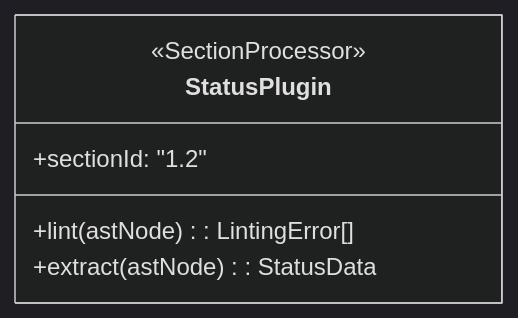
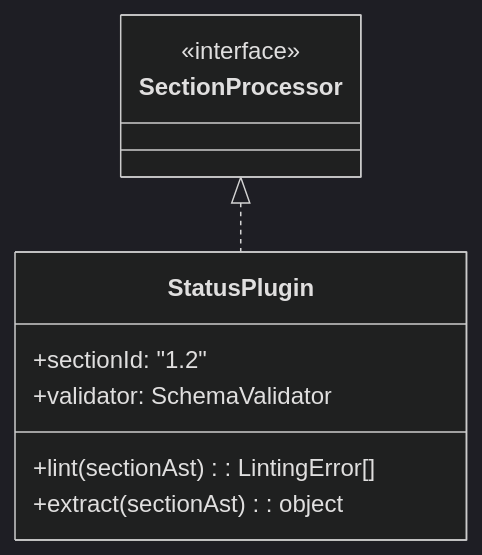
One commit to livelifelively/documentation-driven-development-tools changed the second of 4 diagrams in docs/requirements/p1-p5.t19-poc-plugin-status.task.md. Above: the diagram before and after it, drawn with Mermaid (dark theme). The commit also changed other lines of this file and 3 other files, not shown here.

````diff
--- a/docs/requirements/p1-p5.t19-poc-plugin-status.task.md
+++ b/docs/requirements/p1-p5.t19-poc-plugin-status.task.md
@@ -83,9 +84,13 @@
 ```mermaid
 classDiagram
     class StatusPlugin {
-        <<SectionProcessor>>
         +sectionId: "1.2"
-        +lint(astNode): LintingError[]
-        +extract(astNode): StatusData
+        +validator: SchemaValidator
+        +lint(sectionAst): LintingError[]
+        +extract(sectionAst): object
     }
+    class SectionProcessor {
+        <<interface>>
+    }
+    SectionProcessor <|.. StatusPlugin
 ```
````
